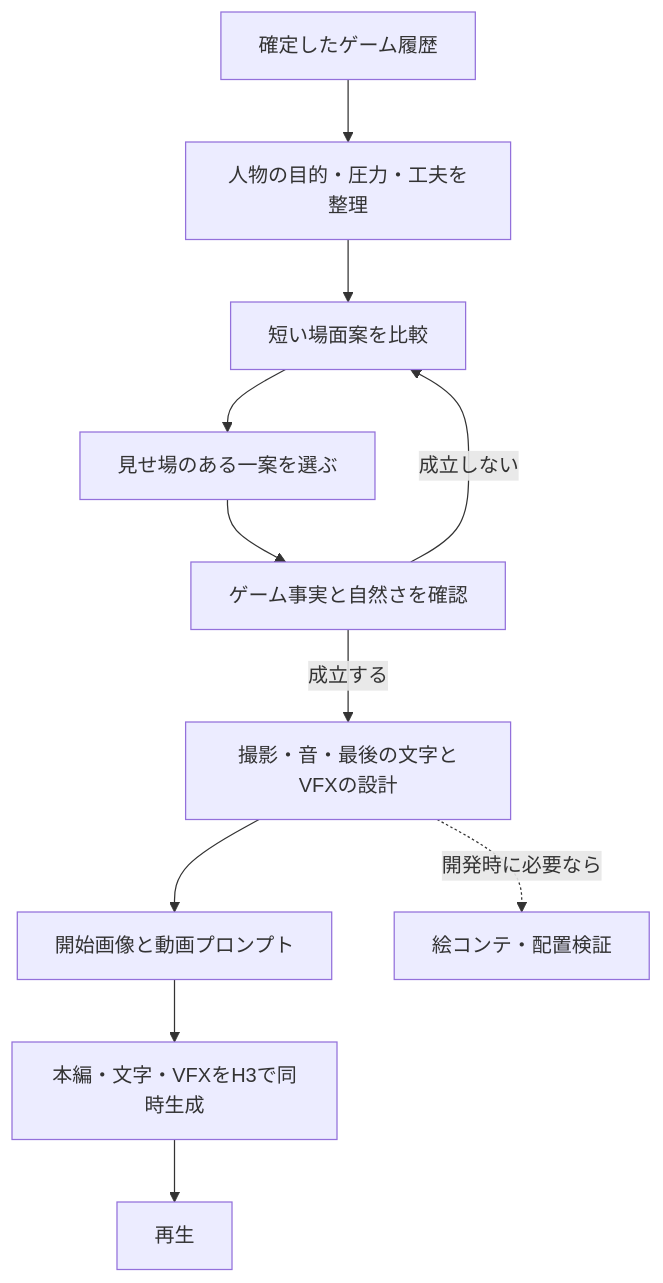
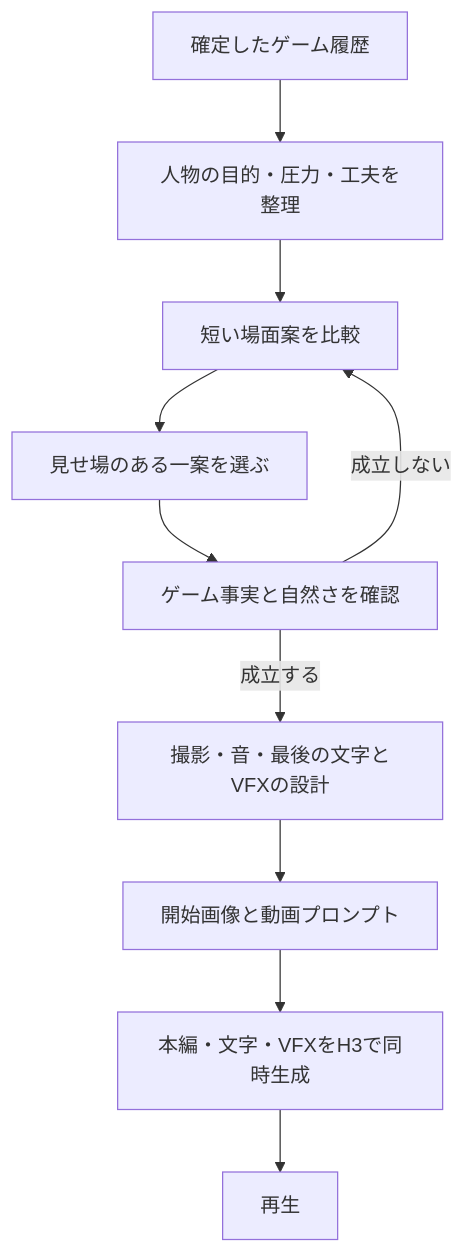
Before and after one commit to VR-IMAGINATORS/OpenAI-Hackathon: the diagram in docs/ending-film-production-design.md, drawn with Mermaid. The commit also changed other lines of this file and 17 other files, not shown here.

````diff
--- a/docs/ending-film-production-design.md
+++ b/docs/ending-film-production-design.md
@@ -114,13 +114,12 @@
 ```mermaid
 flowchart TD
   A[確定したゲーム履歴] --> B[人物の目的・圧力・工夫を整理]
   B --> C[短い場面案を比較]
   C --> D[見せ場のある一案を選ぶ]
   D --> E[ゲーム事実と自然さを確認]
   E -->|成立しない| C
   E -->|成立する| F[撮影・音・最後の文字とVFXの設計]
   F --> G[開始画像と動画プロンプト]
   G --> H[本編・文字・VFXをH3で同時生成]
   H --> I[再生]
-  F -. 開発時に必要なら .-> J[絵コンテ・配置検証]
 ```
````
